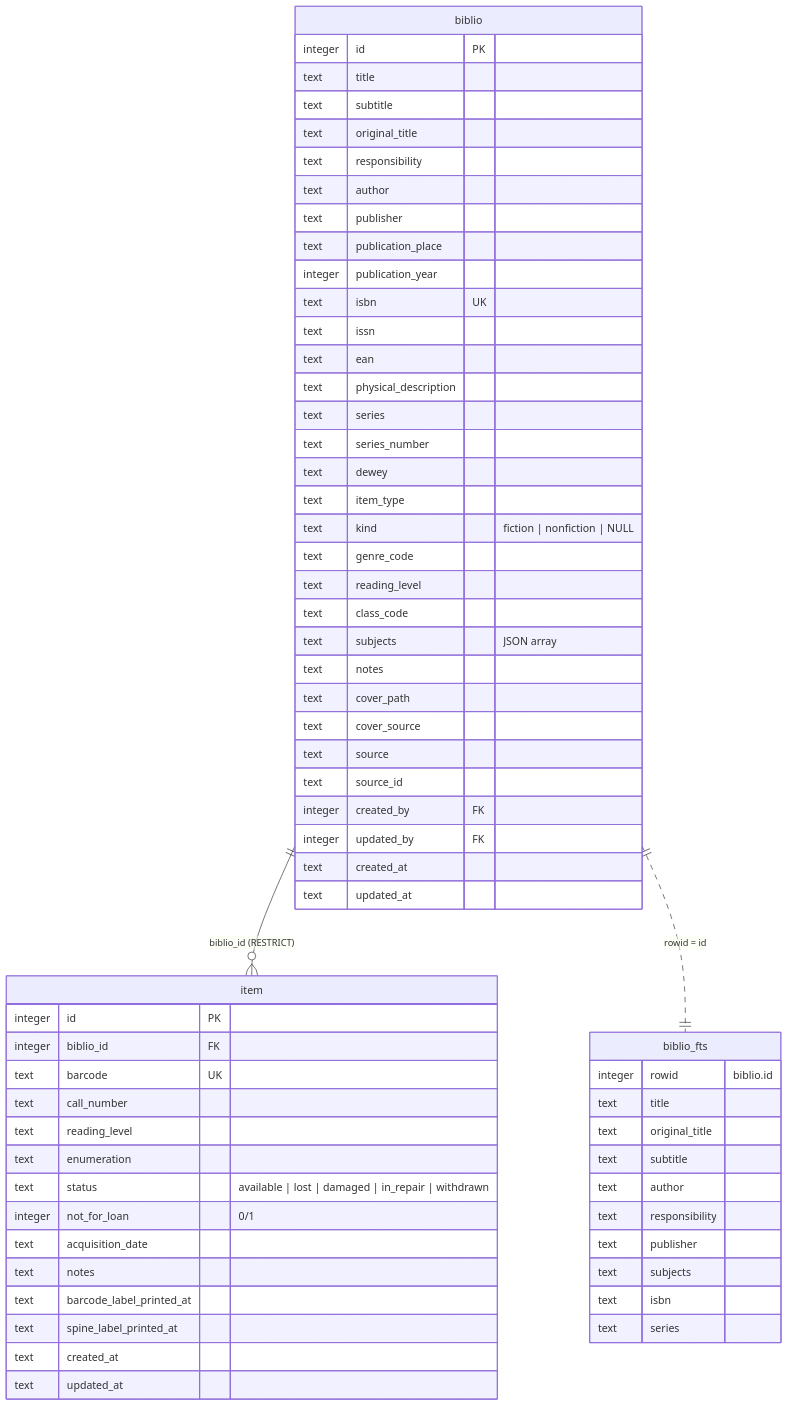
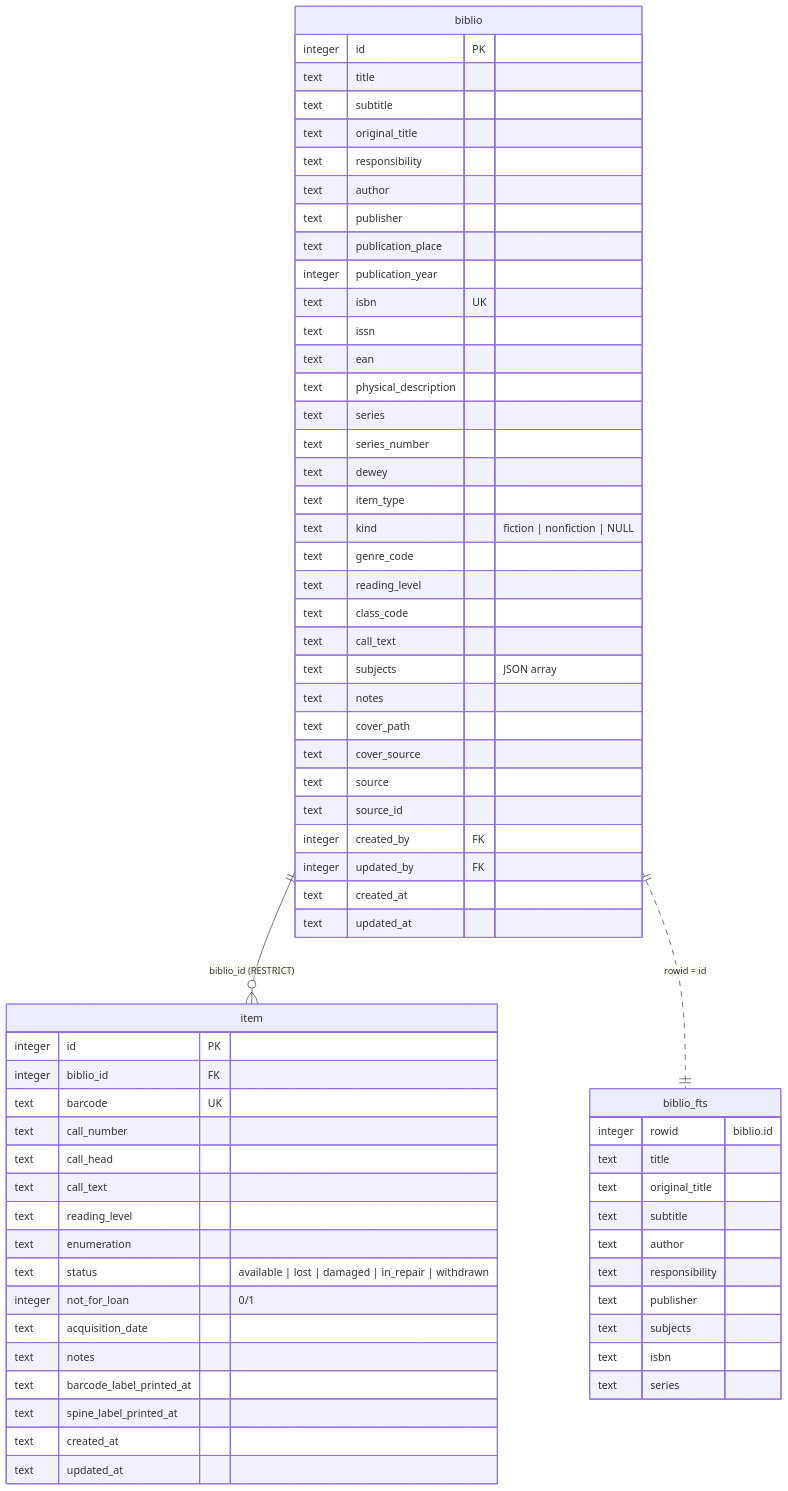
Before and after one commit to itotm/biblioviva: the second of 8 diagrams in docs/database.md, drawn with Mermaid. The commit also changed other lines of this file and 117 other files, not shown here.

````diff
--- a/docs/database.md
+++ b/docs/database.md
@@ -110,66 +110,69 @@
 ```mermaid
 erDiagram
     biblio ||--o{ item : "biblio_id (RESTRICT)"
     biblio ||..|| biblio_fts : "rowid = id"
     biblio {
         integer id PK
         text title
         text subtitle
         text original_title
         text responsibility
         text author
         text publisher
         text publication_place
         integer publication_year
         text isbn UK
         text issn
         text ean
         text physical_description
         text series
         text series_number
         text dewey
         text item_type
         text kind "fiction | nonfiction | NULL"
         text genre_code
         text reading_level
         text class_code
+        text call_text
         text subjects "JSON array"
         text notes
         text cover_path
         text cover_source
         text source
         text source_id
         integer created_by FK
         integer updated_by FK
         text created_at
         text updated_at
     }
     item {
         integer id PK
         integer biblio_id FK
         text barcode UK
         text call_number
+        text call_head
+        text call_text
         text reading_level
         text enumeration
         text status "available | lost | damaged | in_repair | withdrawn"
         integer not_for_loan "0/1"
         text acquisition_date
         text notes
         text barcode_label_printed_at
         text spine_label_printed_at
         text created_at
         text updated_at
     }
     biblio_fts {
         integer rowid "biblio.id"
         text title
         text original_title
         text subtitle
         text author
         text responsibility
         text publisher
         text subjects
         text isbn
         text series
     }
 ```
````
